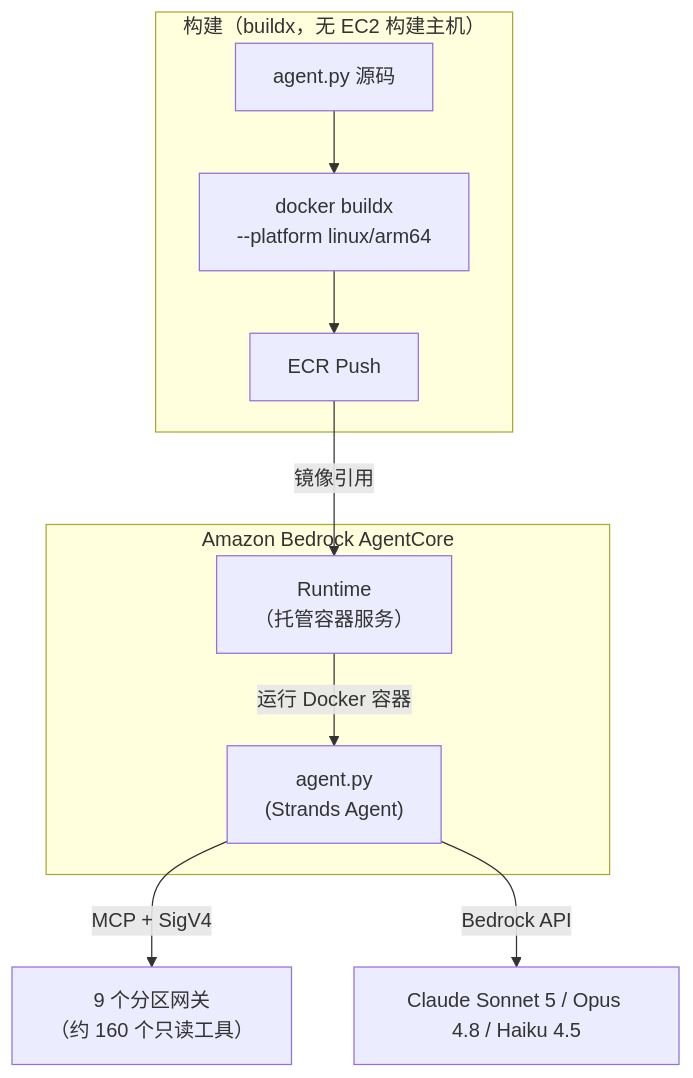
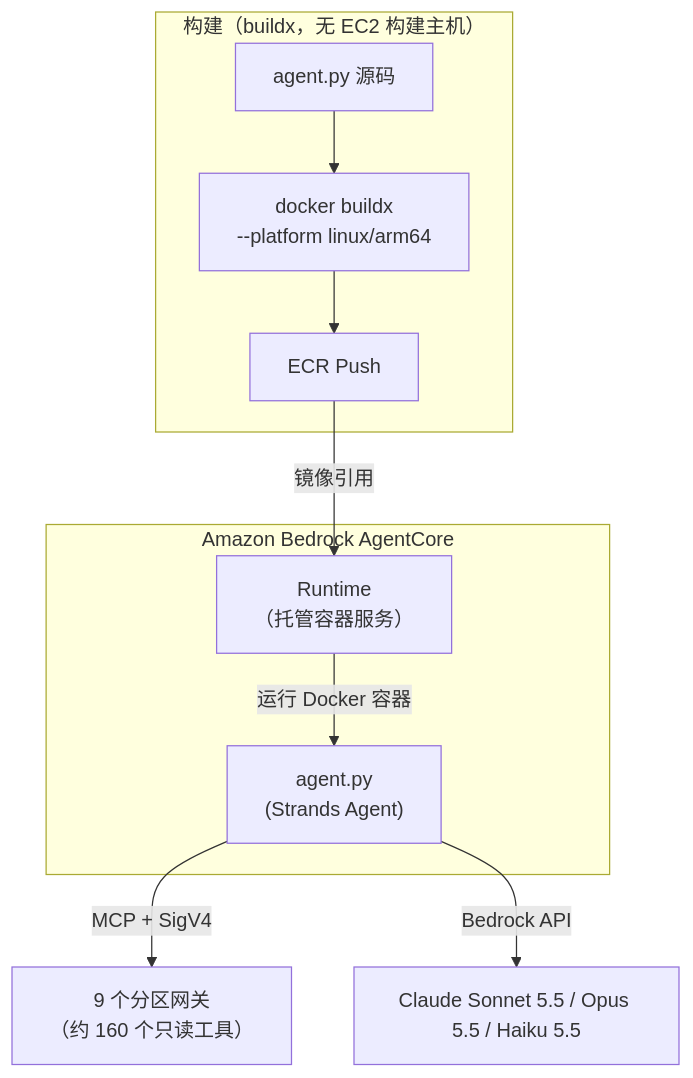
One commit to aws-samples/sample-awsops changed the second of 7 diagrams in docs-site/i18n/zh/docusaurus-plugin-content-docs/current/faq/agentcore-memory.md. Above: the diagram before and after it, drawn with Mermaid. The commit also changed other lines of this file and 64 other files, not shown here.

First line of the commit message:
feat(ai): move Bedrock calls to Claude Sonnet 5.5, Opus 5.5 and Haiku 5.5

````diff
--- a/docs-site/i18n/zh/docusaurus-plugin-content-docs/current/faq/agentcore-memory.md
+++ b/docs-site/i18n/zh/docusaurus-plugin-content-docs/current/faq/agentcore-memory.md
@@ -40,17 +40,17 @@
 ```mermaid
 flowchart TD
   subgraph AC["Amazon Bedrock AgentCore"]
     RT["Runtime<br/>（托管容器服务）"]
     RT -->|"运行 Docker 容器"| AGENT["agent.py<br/>(Strands Agent)"]
   end
 
   subgraph BUILD["构建（buildx，无 EC2 构建主机）"]
     SRC["agent.py 源码"] --> DOCKER["docker buildx<br/>--platform linux/arm64"]
     DOCKER --> ECR["ECR Push"]
   end
 
   ECR -->|"镜像引用"| RT
 
   AGENT -->|"MCP + SigV4"| GW["9 个分区网关<br/>（约 160 个只读工具）"]
-  AGENT -->|"Bedrock API"| MODEL["Claude Sonnet 5 / Opus 4.8 / Haiku 4.5"]
+  AGENT -->|"Bedrock API"| MODEL["Claude Sonnet 5.5 / Opus 5.5 / Haiku 5.5"]
 ```
````
